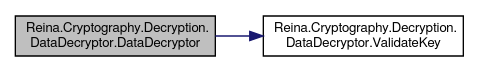
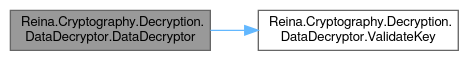
Before and after one commit to fkitsantas/Reina.Cryptography: the diagram in class_reina_1_1_cryptography_1_1_decryption_1_1_data_decryptor_aae67b96161a0702a5dbe2191f28ee0f2_cgraph.dot, drawn with Graphviz. The commit also changed 225 other files, not shown here.

```diff
--- a/class_reina_1_1_cryptography_1_1_decryption_1_1_data_decryptor_aae67b96161a0702a5dbe2191f28ee0f2_cgraph.dot
+++ b/class_reina_1_1_cryptography_1_1_decryption_1_1_data_decryptor_aae67b96161a0702a5dbe2191f28ee0f2_cgraph.dot
@@ -1,10 +1,11 @@
 digraph "Reina.Cryptography.Decryption.DataDecryptor.DataDecryptor"
 {
  // LATEX_PDF_SIZE
-  edge [fontname="FreeSans",fontsize="10",labelfontname="FreeSans",labelfontsize="10"];
-  node [fontname="FreeSans",fontsize="10",shape=record];
+  bgcolor="transparent";
+  edge [fontname=FreeSans,fontsize=10,labelfontname=FreeSans,labelfontsize=10];
+  node [fontname=FreeSans,fontsize=10,shape=box,height=0.2,width=0.4];
   rankdir="LR";
-  Node1 [label="Reina.Cryptography.Decryption.\lDataDecryptor.DataDecryptor",height=0.2,width=0.4,color="black", fillcolor="grey75", style="filled", fontcolor="black",tooltip="Initializes a new instance of the DataDecryptor class with the specified keys for Twofish,..."];
-  Node1 -> Node2 [color="midnightblue",fontsize="10",style="solid",fontname="FreeSans"];
-  Node2 [label="Reina.Cryptography.Decryption.\lDataDecryptor.ValidateKey",height=0.2,width=0.4,color="black", fillcolor="white", style="filled",URL="$class_reina_1_1_cryptography_1_1_decryption_1_1_data_decryptor.html#a818e4e26e16a66fabc6b52f8e191ec99",tooltip="Validates the length of the provided cryptographic key."];
+  Node1 [id="Node000001",label="Reina.Cryptography.Decryption.\lDataDecryptor.DataDecryptor",height=0.2,width=0.4,color="gray40", fillcolor="grey60", style="filled", fontcolor="black",tooltip="Initializes a new instance of the DataDecryptor class with the specified keys for Twofish,..."];
+  Node1 -> Node2 [id="edge1_Node000001_Node000002",color="steelblue1",style="solid",tooltip=" "];
+  Node2 [id="Node000002",label="Reina.Cryptography.Decryption.\lDataDecryptor.ValidateKey",height=0.2,width=0.4,color="grey40", fillcolor="white", style="filled",URL="$class_reina_1_1_cryptography_1_1_decryption_1_1_data_decryptor.html#a818e4e26e16a66fabc6b52f8e191ec99",tooltip="Validates the length of the provided cryptographic key."];
 }
```
